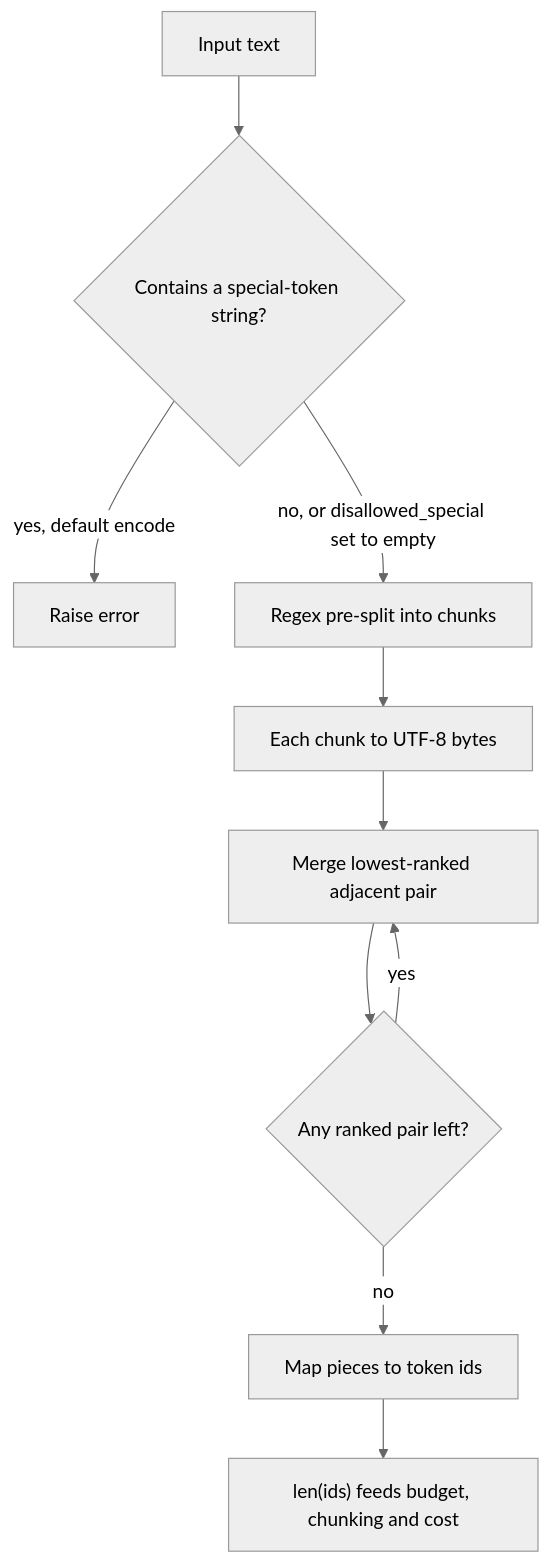
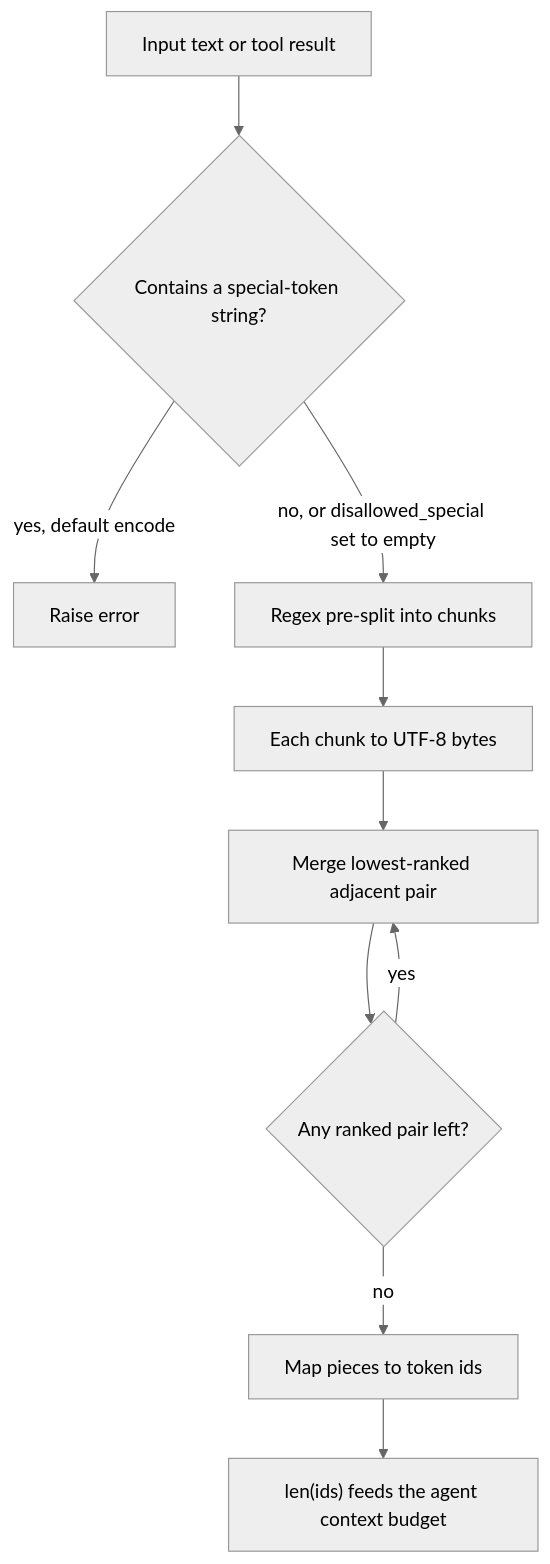
One commit to lovishmahajan97/agentic-learning changed the diagram in content/python-for-ai/tiktoken.md. Above: the diagram before and after it, drawn with Mermaid (neutral theme). The commit also changed other lines of this file and 266 other files, not shown here.

````diff
--- a/content/python-for-ai/tiktoken.md
+++ b/content/python-for-ai/tiktoken.md
@@ -115,12 +142,12 @@
 ```mermaid
 flowchart TD
-    T["Input text"] --> S{"Contains a special-token string?"}
+    T["Input text or tool result"] --> S{"Contains a special-token string?"}
     S -->|"yes, default encode"| E["Raise error"]
     S -->|"no, or disallowed_special set to empty"| R["Regex pre-split into chunks"]
     R --> B["Each chunk to UTF-8 bytes"]
     B --> M["Merge lowest-ranked adjacent pair"]
     M --> C{"Any ranked pair left?"}
     C -->|"yes"| M
     C -->|"no"| I["Map pieces to token ids"]
-    I --> N["len(ids) feeds budget, chunking and cost"]
+    I --> N["len(ids) feeds the agent context budget"]
 ```
````
